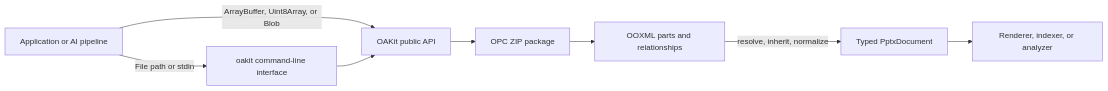
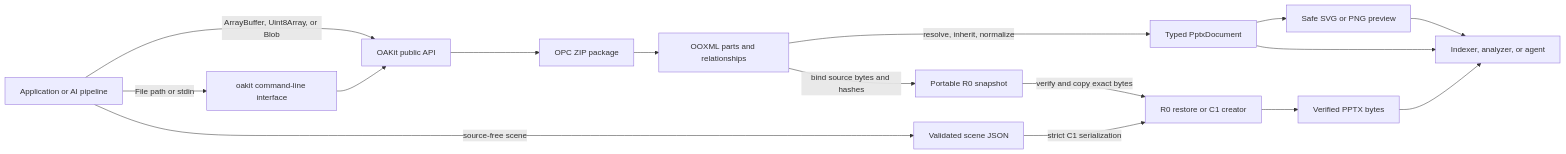
The first of 4 diagrams in docs/architecture.md (evoelsewhere/oakit), drawn with Mermaid before and after one commit. The commit also changed other lines of this file and 3 other files, not shown here.

Commit message:
docs: define PowerPoint hand-off architecture

````diff
--- a/docs/architecture.md
+++ b/docs/architecture.md
@@ -40,18 +50,31 @@
 ```mermaid
 flowchart LR
     Consumer["Application or AI pipeline"]
     CLI["oakit command-line interface"]
     API["OAKit public API"]
     ZIP["OPC ZIP package"]
     XML["OOXML parts and relationships"]
     Model["Typed PptxDocument"]
-    Renderer["Renderer, indexer, or analyzer"]
+    Snapshot["Portable R0 snapshot"]
+    Scene["Validated scene JSON"]
+    Writer["R0 restore or C1 creator"]
+    PackageOutput["Verified PPTX bytes"]
+    Preview["Safe SVG or PNG preview"]
+    ConsumerOutput["Indexer, analyzer, or agent"]
 
     Consumer -->|"ArrayBuffer, Uint8Array, or Blob"| API
     Consumer -->|"File path or stdin"| CLI
     CLI --> API
     API --> ZIP
     ZIP --> XML
     XML -->|"resolve, inherit, normalize"| Model
-    Model --> Renderer
+    XML -->|"bind source bytes and hashes"| Snapshot
+    Snapshot -->|"verify and copy exact bytes"| Writer
+    Consumer -->|"source-free scene"| Scene
+    Scene -->|"strict C1 serialization"| Writer
+    Writer --> PackageOutput
+    PackageOutput --> ConsumerOutput
+    Model --> Preview
+    Model --> ConsumerOutput
+    Preview --> ConsumerOutput
 ```
````
